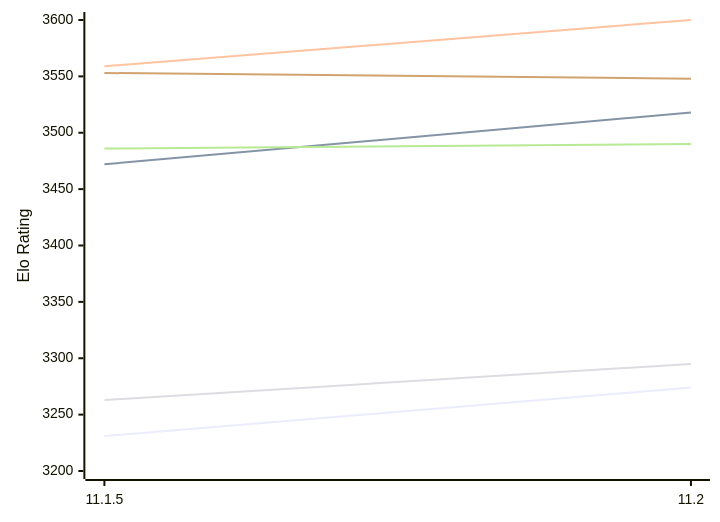
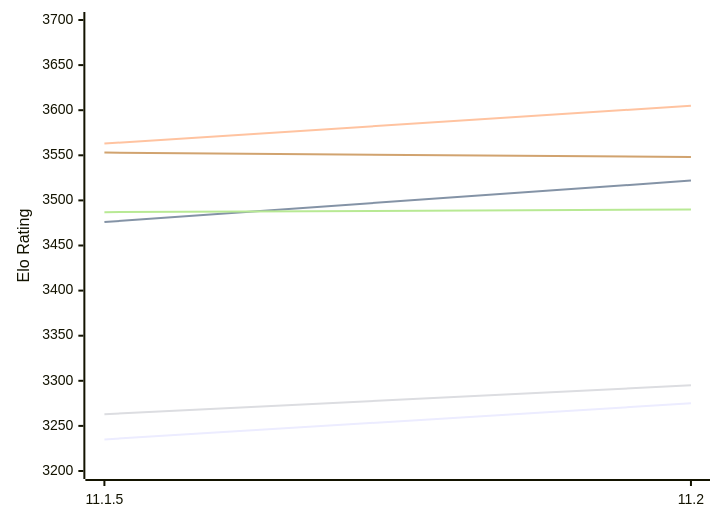
One commit to computer-chess-index/cci changed the first of 2 diagrams in engines/Lizard.md. Above: the diagram before and after it, drawn with Mermaid. The commit also changed other lines of this file, not shown here.

Commit message:
Update CCI Ratings (ELO VLTC) - 2026-11-22

````diff
--- a/engines/Lizard.md
+++ b/engines/Lizard.md
@@ -52,12 +52,12 @@
 ```mermaid
 %%{init: {"theme":"base","themeVariables":{"seriesColors:['#a3a3a3','#222221','#faa371']}}}%%
 xychart-beta
   x-axis ["11.1.5", "11.2"]
-  y-axis "Elo Rating" 3200 --> 3600
-  line "E1: STC (8.0+0.08s)" [3231, 3274]
-  line "E1: LTC (60.0+0.60s)" [3472, 3518]
-  line "E1: VLTC (2m24s+1.12s)" [3559, 3600]
+  y-axis "Elo Rating" 3200 --> 3700
+  line "E1: STC (8.0+0.08s)" [3235, 3275]
+  line "E1: LTC (60.0+0.60s)" [3476, 3522]
+  line "E1: VLTC (2m24s+1.12s)" [3563, 3605]
   line "P1: STC (8.0+0.08s)" [3263, 3295]
-  line "P1: LTC (60.0+0.60s)" [3486, 3490]
+  line "P1: LTC (60.0+0.60s)" [3487, 3490]
   line "P1: VLTC (2m24s+1.12s)" [3553, 3548]
 ```
````
